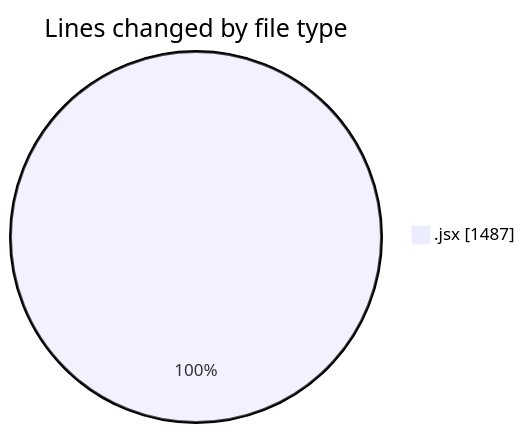
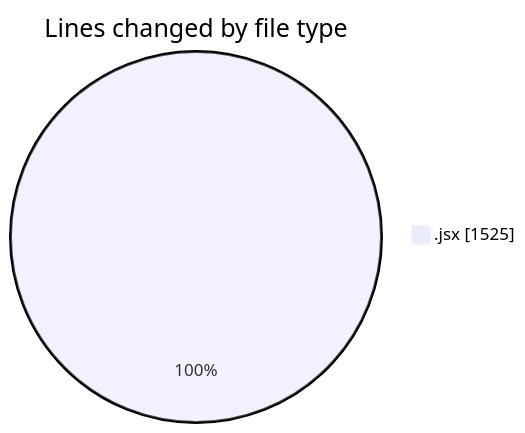
Before and after one commit to nxtqubesakshisongat/code-tracking: the first of 2 diagrams in 2025-05-07/nxtqube_webapp/README.md, drawn with Mermaid. The commit also changed other lines of this file and 1 other file, not shown here.

````diff
--- a/2025-05-07/nxtqube_webapp/README.md
+++ b/2025-05-07/nxtqube_webapp/README.md
@@ -20,5 +20,5 @@
 ```mermaid
 pie showData
 title Lines changed by file type
-".jsx" : 1487
+".jsx" : 1525
 ```
````
